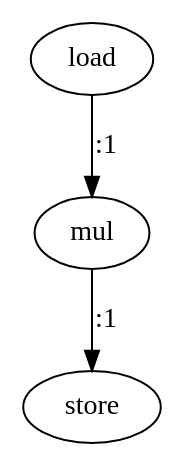
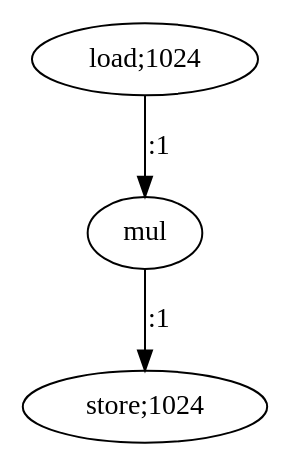
Before and after one commit to nikhilsambhus/MASc-graphDots: the diagram in syrk1.dot, drawn with Graphviz. The commit also changed 51 other files, not shown here.

```diff
--- a/syrk1.dot
+++ b/syrk1.dot
@@ -1,8 +1,8 @@
 digraph  {
-   0 [label="load"];
+   0 [label="load;1024"];
    1 [label="mul"];
-   2 [label="store"];
+   2 [label="store;1024"];
 
    0->1 [label=":1"]
    1->2 [label=":1"]
 }
```
